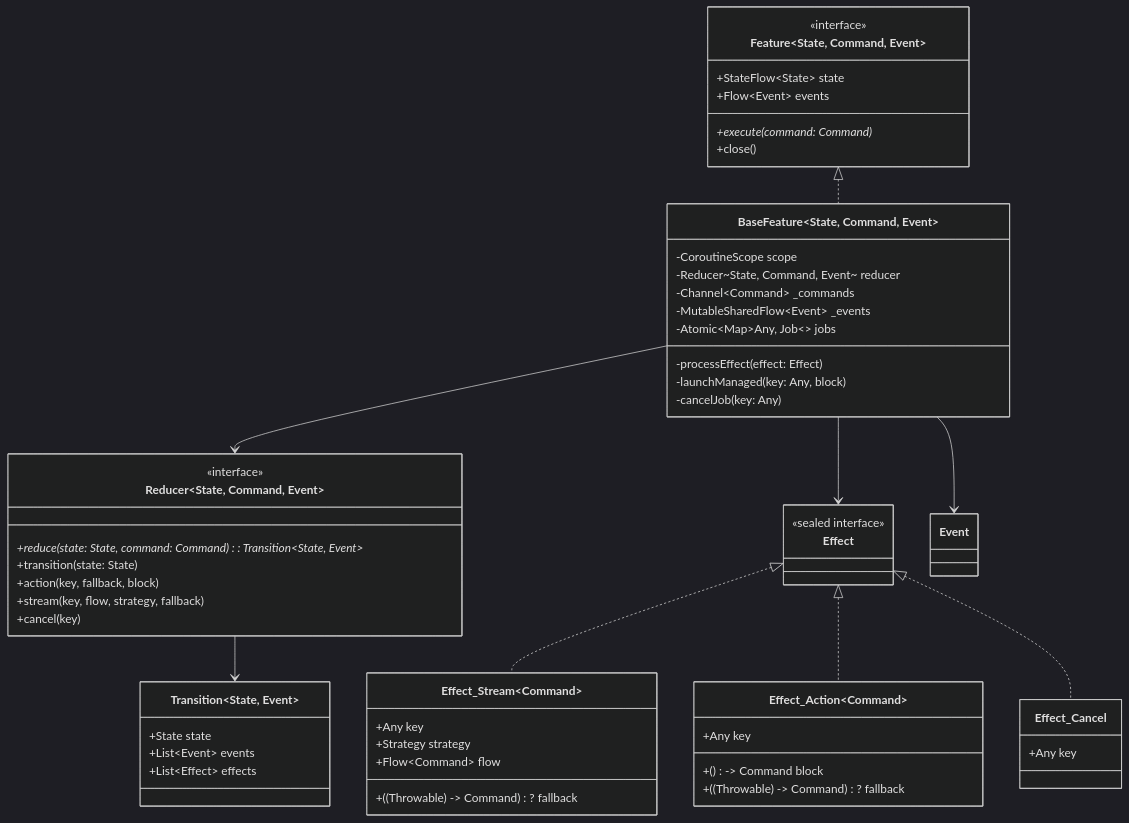
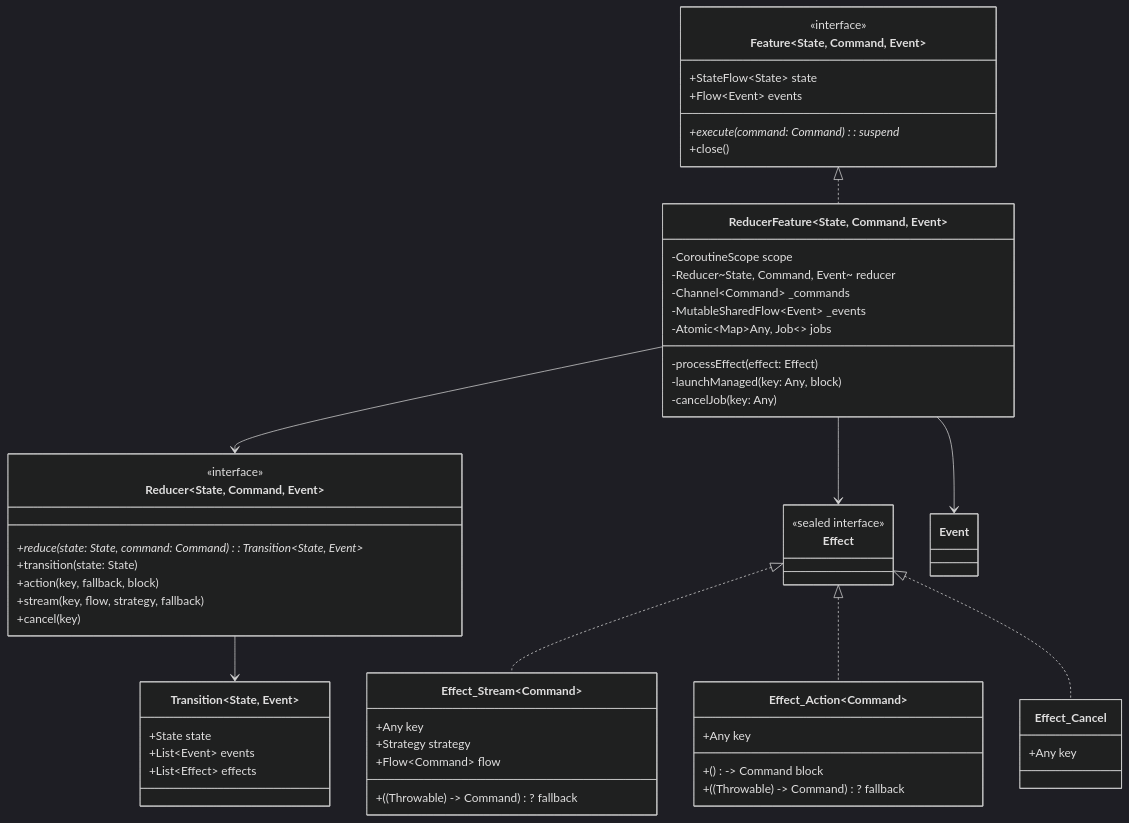
Before and after one commit to numq/reduce-and-conquer: the second of 4 diagrams in README.md, drawn with Mermaid (dark theme). The commit also changed other lines of this file and 12 other files, not shown here.

````diff
--- a/README.md
+++ b/README.md
@@ -481,68 +481,68 @@
 ```mermaid
 classDiagram
     class Feature~State, Command, Event~ {
         <<interface>>
         +StateFlow~State~ state
         +Flow~Event~ events
-        +execute(command: Command)*
+        +execute(command: Command): suspend*
         +close()
     }
     
-    class BaseFeature~State, Command, Event~ {
+    class ReducerFeature~State, Command, Event~ {
         -CoroutineScope scope
         -Reducer~State, Command, Event~ reducer
         -Channel~Command~ _commands
         -MutableSharedFlow~Event~ _events
         -Atomic~Map~Any, Job~~ jobs
         -processEffect(effect: Effect)
         -launchManaged(key: Any, block)
         -cancelJob(key: Any)
     }
     
     class Reducer~State, Command, Event~ {
         <<interface>>
         +reduce(state: State, command: Command): Transition~State, Event~*
         +transition(state: State)
         +action(key, fallback, block)
         +stream(key, flow, strategy, fallback)
         +cancel(key)
     }
     
     class Transition~State, Event~ {
         +State state
         +List~Event~ events
         +List~Effect~ effects
     }
     
     class Effect {
         <<sealed interface>>
     }
     
     class Effect_Stream~Command~ {
         +Any key
         +Strategy strategy
         +Flow~Command~ flow
         +((Throwable) -> Command)? fallback
     }
     
     class Effect_Action~Command~ {
         +Any key
         +() -> Command block
         +((Throwable) -> Command)? fallback
     }
     
     class Effect_Cancel {
         +Any key
     }
 
     Effect <|.. Effect_Stream
     Effect <|.. Effect_Action
     Effect <|.. Effect_Cancel
     
-    Feature <|.. BaseFeature
-    BaseFeature --> Reducer
-    BaseFeature --> Event
-    BaseFeature --> Effect
+    Feature <|.. ReducerFeature
+    ReducerFeature --> Reducer
+    ReducerFeature --> Event
+    ReducerFeature --> Effect
     Reducer --> Transition
    
 ```
````
